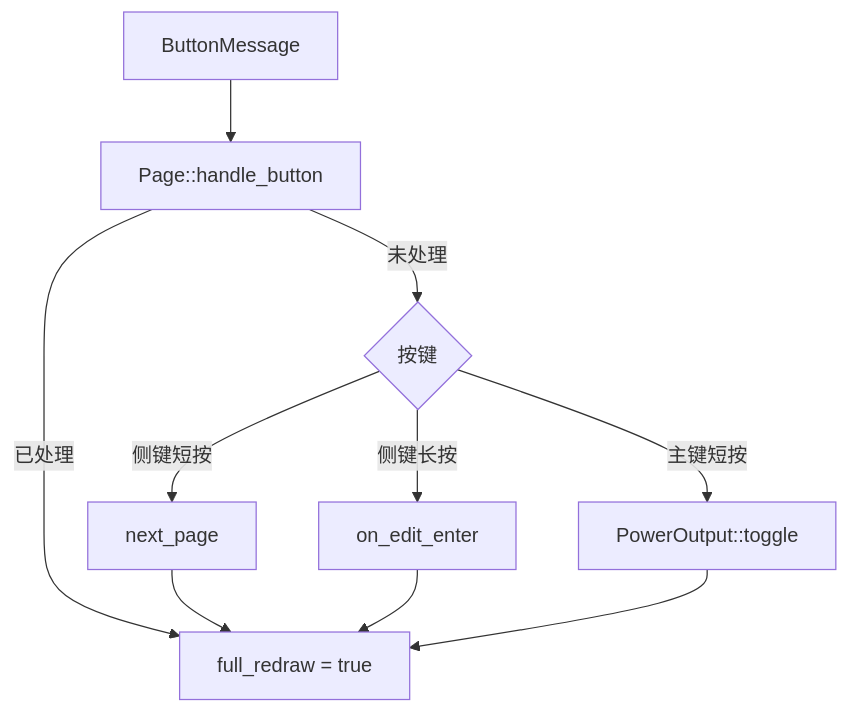
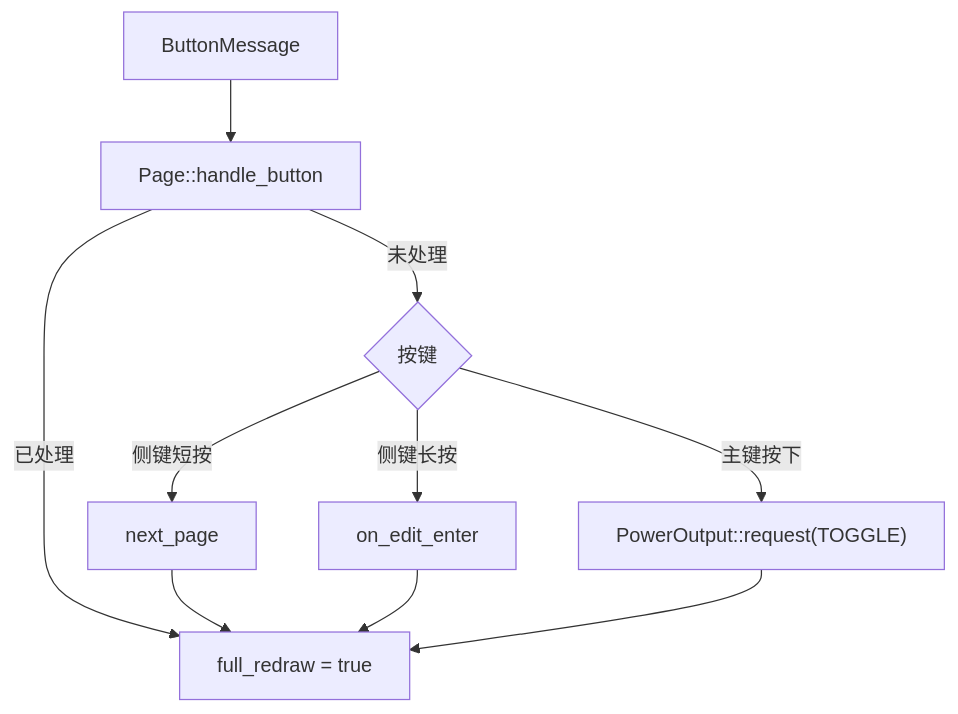
One commit to qingmeijiupiao/Wireless_power_meter_pro_v2 changed the third of 4 diagrams in components/app/screen/DOC/architecture.md. Above: the diagram before and after it, drawn with Mermaid. The commit also changed other lines of this file and 30 other files, not shown here.

````diff
--- a/components/app/screen/DOC/architecture.md
+++ b/components/app/screen/DOC/architecture.md
@@ -60,12 +60,12 @@
 ```mermaid
 flowchart TD
     Input["ButtonMessage"] --> PageHandler["Page::handle_button"]
     PageHandler -->|已处理| Redraw["full_redraw = true"]
     PageHandler -->|未处理| ButtonType{"按键"}
     ButtonType -->|侧键短按| Next["next_page"]
     ButtonType -->|侧键长按| Edit["on_edit_enter"]
-    ButtonType -->|主键短按| Output["PowerOutput::toggle"]
+    ButtonType -->|主键按下| Output["PowerOutput::request(TOGGLE)"]
     Next --> Redraw
     Edit --> Redraw
     Output --> Redraw
 ```
````
